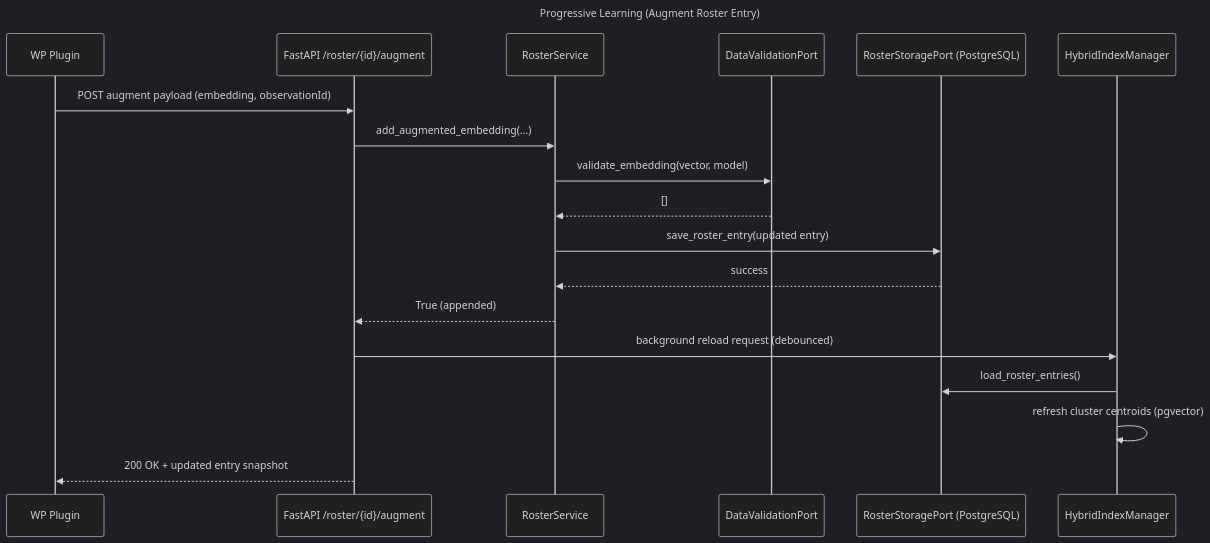
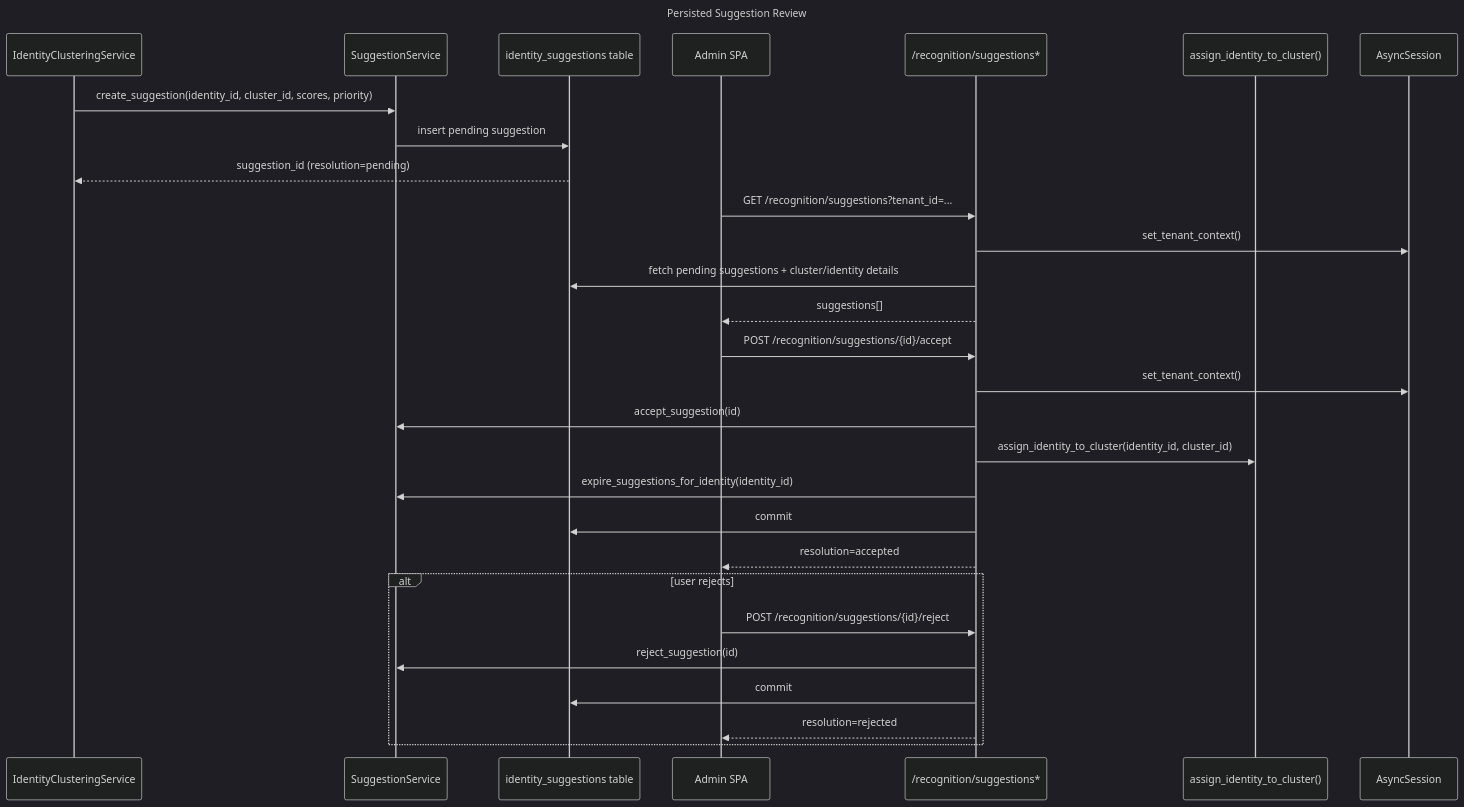
The diagram in docs/architecture/backend-uml/workflows/roster_augment.mmd (darce/context-alt-text-monorepo), drawn with Mermaid (dark theme) before and after one commit. The commit also changed 26 other files, not shown here.

Commit message:
docs: update uml

```diff
--- a/docs/architecture/backend-uml/workflows/roster_augment.mmd
+++ b/docs/architecture/backend-uml/workflows/roster_augment.mmd
@@ -1,22 +1,35 @@
 ---
-title: Progressive Learning (Augment Roster Entry)
+title: Persisted Suggestion Review
 ---
 sequenceDiagram
-    participant WP as WP Plugin
-    participant API as FastAPI /roster/{id}/augment
-    participant RS as RosterService
-    participant VAL as DataValidationPort
-    participant STORE as RosterStoragePort (PostgreSQL)
-    participant HYBRID as HybridIndexManager
+    participant ClusterSvc as IdentityClusteringService
+    participant SuggestionSvc as SuggestionService
+    participant DB as identity_suggestions table
+    participant Client as Admin SPA
+    participant API as /recognition/suggestions*
+    participant Assign as assign_identity_to_cluster()
+    participant Session as AsyncSession
 
-    WP->>API: POST augment payload (embedding, observationId)
-    API->>RS: add_augmented_embedding(...)
-    RS->>VAL: validate_embedding(vector, model)
-    VAL-->>RS: []
-    RS->>STORE: save_roster_entry(updated entry)
-    STORE-->>RS: success
-    RS-->>API: True (appended)
-    API->>HYBRID: background reload request (debounced)
-    HYBRID->>STORE: load_roster_entries()
-    HYBRID->>HYBRID: refresh cluster centroids (pgvector)
-    API-->>WP: 200 OK + updated entry snapshot
+    ClusterSvc->>SuggestionSvc: create_suggestion(identity_id, cluster_id, scores, priority)
+    SuggestionSvc->>DB: insert pending suggestion
+    DB-->>ClusterSvc: suggestion_id (resolution=pending)
+
+    Client->>API: GET /recognition/suggestions?tenant_id=...
+    API->>Session: set_tenant_context()
+    API->>DB: fetch pending suggestions + cluster/identity details
+    API-->>Client: suggestions[]
+
+    Client->>API: POST /recognition/suggestions/{id}/accept
+    API->>Session: set_tenant_context()
+    API->>SuggestionSvc: accept_suggestion(id)
+    API->>Assign: assign_identity_to_cluster(identity_id, cluster_id)
+    API->>SuggestionSvc: expire_suggestions_for_identity(identity_id)
+    API->>DB: commit
+    API-->>Client: resolution=accepted
+
+    alt user rejects
+        Client->>API: POST /recognition/suggestions/{id}/reject
+        API->>SuggestionSvc: reject_suggestion(id)
+        API->>DB: commit
+        API-->>Client: resolution=rejected
+    end
```
